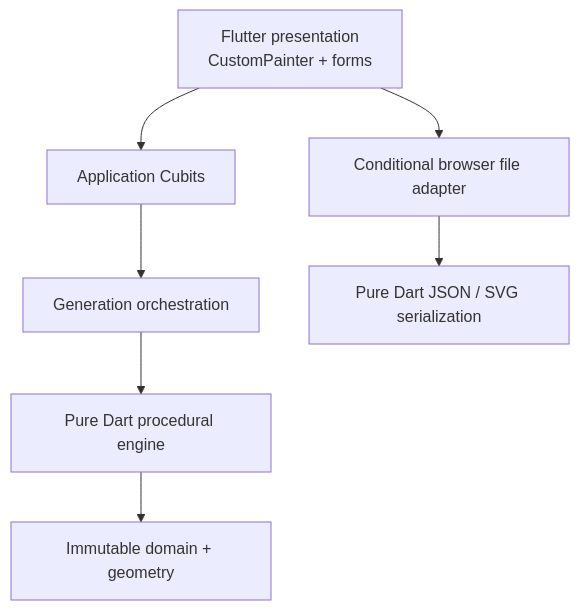
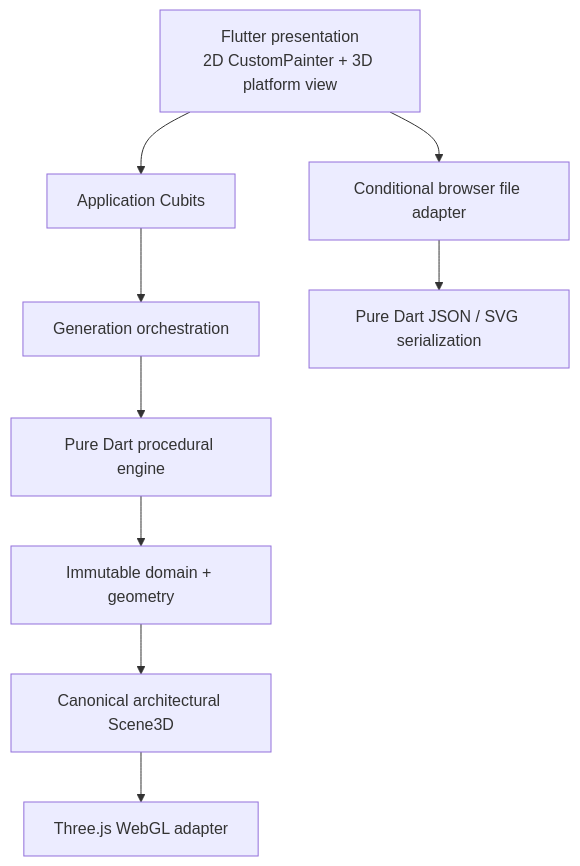
One commit to GuimaRodrigues/generative_residential_design changed the diagram in README.md. Above: the diagram before and after it, drawn with Mermaid. The commit also changed other lines of this file and 20 other files, not shown here.

Commit message:
feat: add synchronized 3D architectural visualization

````diff
--- a/README.md
+++ b/README.md
@@ -38,9 +44,11 @@
 ```mermaid
 flowchart TD
-  UI[Flutter presentation\nCustomPainter + forms] --> Cubits[Application Cubits]
+  UI[Flutter presentation\n2D CustomPainter + 3D platform view] --> Cubits[Application Cubits]
   Cubits --> Runner[Generation orchestration]
   Runner --> Engine[Pure Dart procedural engine]
   Engine --> Domain[Immutable domain + geometry]
+  Domain --> Scene[Canonical architectural Scene3D]
+  Scene --> Renderer[Three.js WebGL adapter]
   UI --> Persistence[Conditional browser file adapter]
   Persistence --> Serialization[Pure Dart JSON / SVG serialization]
 ```
````
